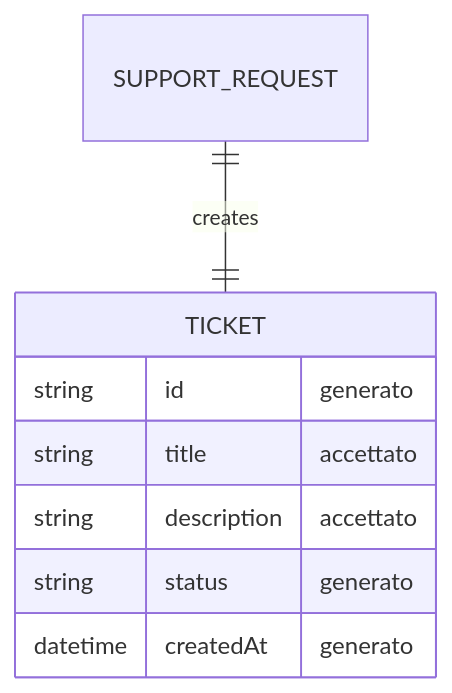
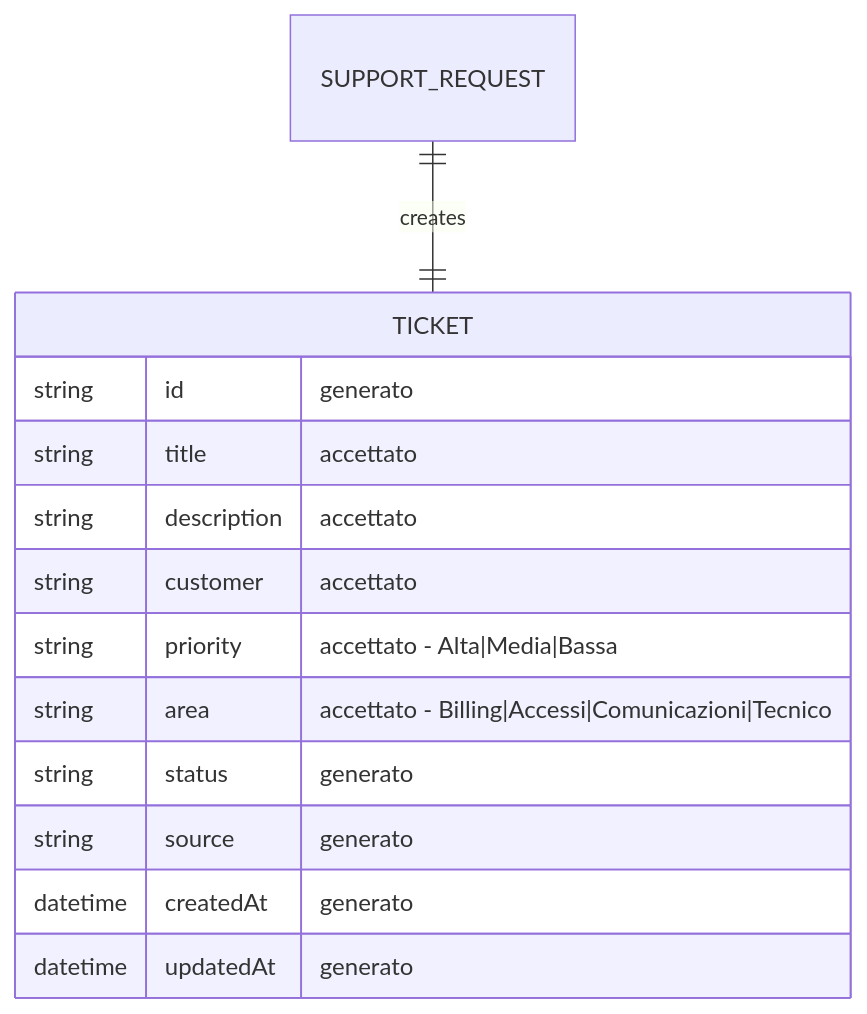
One commit to Michecosa/aicu-l08-ticketing-pr changed the diagram in lavoro-precedente/data-sketch-create-ticket.md. Above: the diagram before and after it, drawn with Mermaid. The commit also changed other lines of this file and 2 other files, not shown here.

Commit message:
refactor: update ticketing slice requirements to include customer, priority, and area validation

````diff
--- a/lavoro-precedente/data-sketch-create-ticket.md
+++ b/lavoro-precedente/data-sketch-create-ticket.md
@@ -46,11 +49,16 @@
 ```mermaid
 erDiagram
   SUPPORT_REQUEST ||--|| TICKET : creates
   TICKET {
     string id "generato"
     string title "accettato"
     string description "accettato"
+    string customer "accettato"
+    string priority "accettato - Alta|Media|Bassa"
+    string area "accettato - Billing|Accessi|Comunicazioni|Tecnico"
     string status "generato"
+    string source "generato"
     datetime createdAt "generato"
+    datetime updatedAt "generato"
   }
 ```
````
